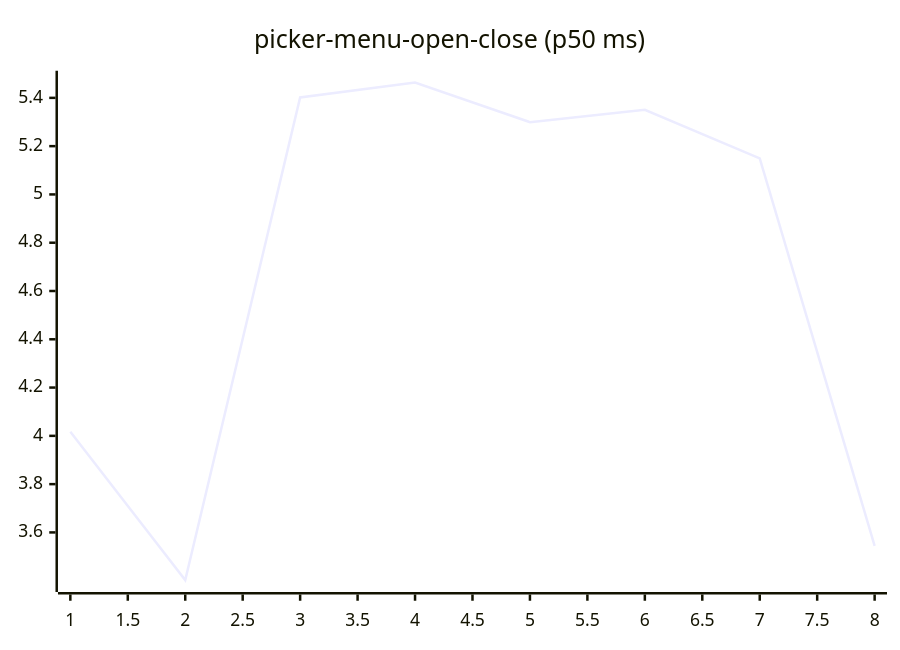
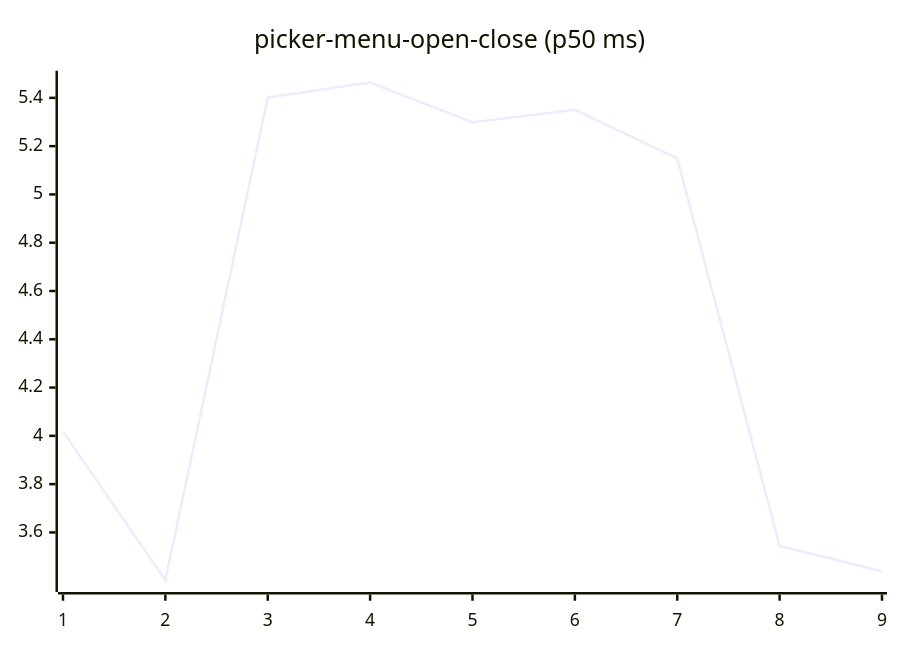
Before and after one commit to josha/Facet: diagram 16 of 27 in README.md, drawn with Mermaid. The commit also changed other lines of this file and 2 other files, not shown here.

````diff
--- a/README.md
+++ b/README.md
@@ -168,6 +168,6 @@
 ```mermaid
 xychart-beta
     title "picker-menu-open-close (p50 ms)"
-    x-axis 1 --> 8
-    line [4.0174, 3.4024, 5.4017, 5.4631, 5.2994, 5.3502, 5.1493, 3.5447]
+    x-axis 1 --> 9
+    line [4.0174, 3.4024, 5.4017, 5.4631, 5.2994, 5.3502, 5.1493, 3.5447, 3.4388]
 ```
````
